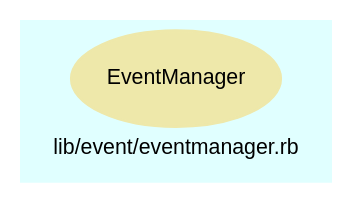
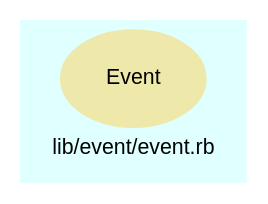
One commit to Tyche/teensymud changed the diagram in doc/dot/f_47.dot. Above: the diagram before and after it, drawn with Graphviz. The commit also changed 198 other files, not shown here.

```diff
--- a/doc/dot/f_47.dot
+++ b/doc/dot/f_47.dot
@@ -1,22 +1,22 @@
 digraph TopLevel {
     compound = true
     bgcolor = lightcyan1
     fontname = Arial
     fontsize = 8
-    label = "lib/event/eventmanager.rb"
+    label = "lib/event/event.rb"
     node [
         fontname = Arial,
         fontsize = 8,
         color = black
     ]
 
-    EventManager [
+    Event [
         fontcolor = black,
-        URL = "classes/EventManager.html",
+        URL = "classes/Event.html",
         shape = ellipse,
         color = palegoldenrod,
         style = filled,
-        label = "EventManager"
+        label = "Event"
     ]
 
 }
```
